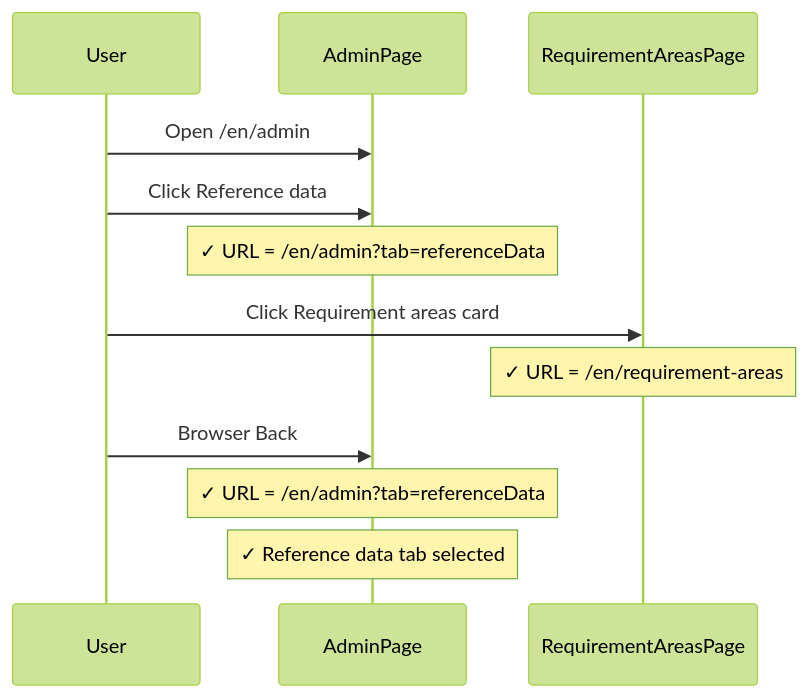
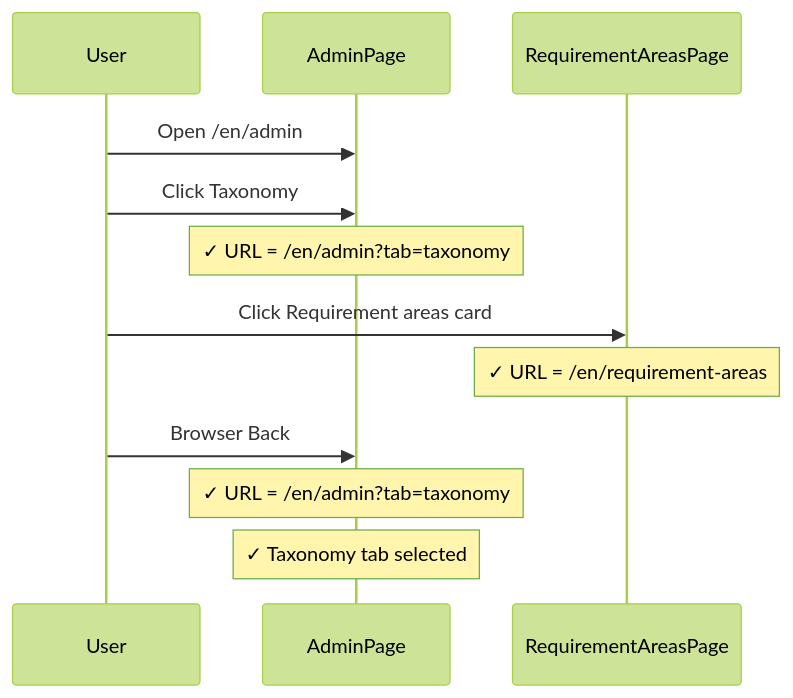
Before and after one commit to viscalyx/Kravhantering: the fifth of 7 diagrams in tests/integration/admin-entrypoint.md, drawn with Mermaid (forest theme). The commit also changed other lines of this file and 45 other files, not shown here.

Commit message:
feat: split reference data into two categories (#309)

````diff
--- a/tests/integration/admin-entrypoint.md
+++ b/tests/integration/admin-entrypoint.md
@@ -176,15 +176,15 @@
 ```mermaid
 sequenceDiagram
     participant U as User
     participant A as AdminPage
     participant R as RequirementAreasPage
 
     U->>A: Open /en/admin
-    U->>A: Click Reference data
-    Note over A: ✓ URL = /en/admin?tab=referenceData
+    U->>A: Click Taxonomy
+    Note over A: ✓ URL = /en/admin?tab=taxonomy
     U->>R: Click Requirement areas card
     Note over R: ✓ URL = /en/requirement-areas
     U->>A: Browser Back
-    Note over A: ✓ URL = /en/admin?tab=referenceData
-    Note over A: ✓ Reference data tab selected
+    Note over A: ✓ URL = /en/admin?tab=taxonomy
+    Note over A: ✓ Taxonomy tab selected
 ```
````
